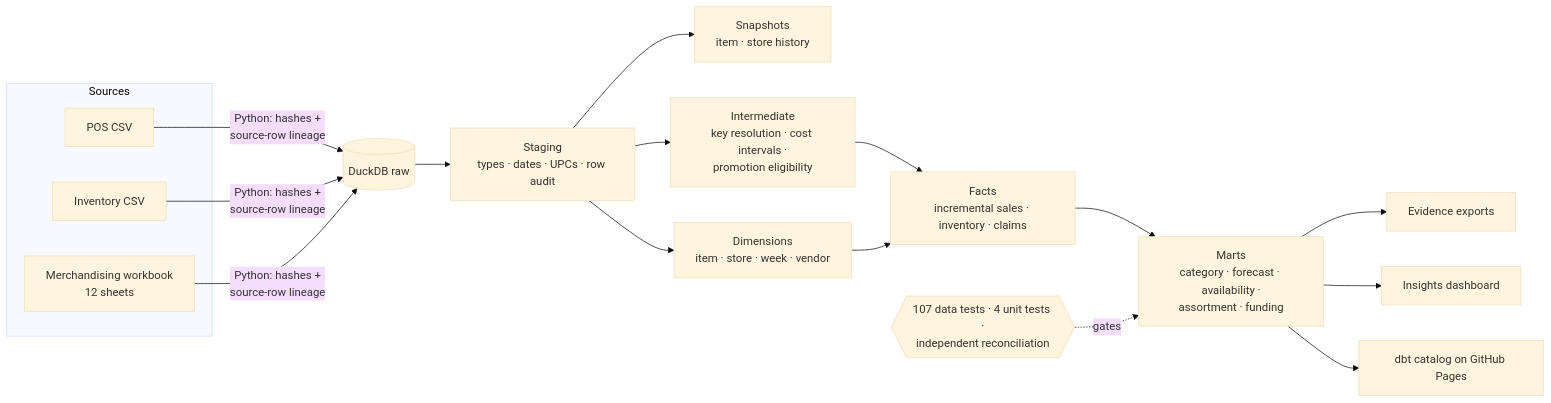
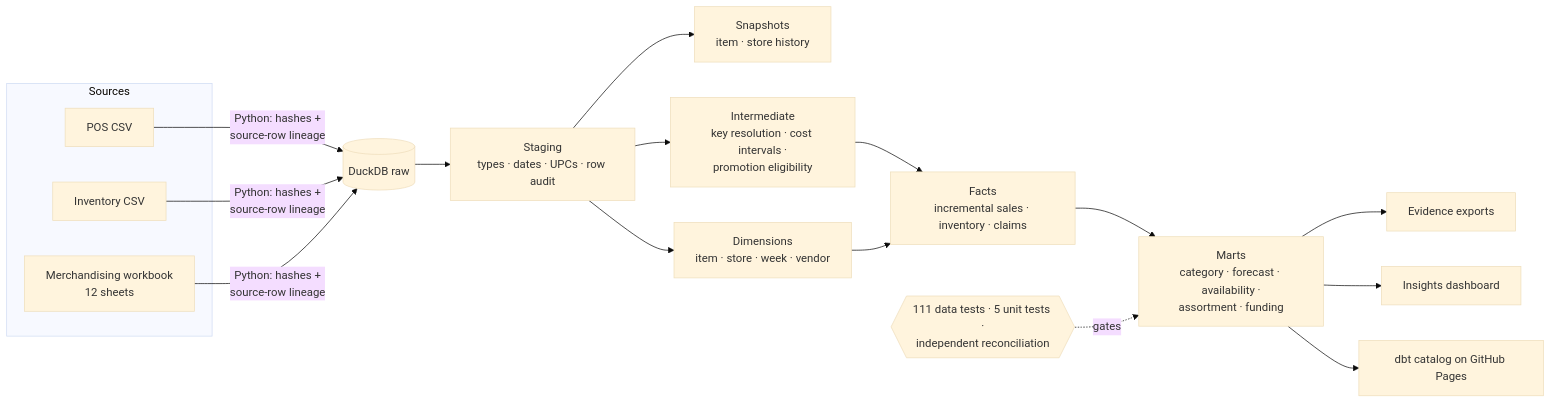
The diagram in README.md (Akshith597/bramblewood-analytics-engineering), drawn with Mermaid (base theme) before and after one commit. The commit also changed other lines of this file and 58 other files, not shown here.

````diff
--- a/README.md
+++ b/README.md
@@ -37,20 +37,20 @@
 ```mermaid
 flowchart LR
   subgraph Sources
     A[POS CSV]
     B[Inventory CSV]
     C[Merchandising workbook<br/>12 sheets]
   end
   A & B & C -->|Python: hashes +<br/>source-row lineage| R[(DuckDB raw)]
   R --> S[Staging<br/>types · dates · UPCs · row audit]
   S --> H[Snapshots<br/>item · store history]
   S --> I[Intermediate<br/>key resolution · cost intervals ·<br/>promotion eligibility]
   S --> D[Dimensions<br/>item · store · week · vendor]
   I --> F[Facts<br/>incremental sales · inventory · claims]
   D --> F
   F --> M[Marts<br/>category · forecast · availability ·<br/>assortment · funding]
   M --> E[Evidence exports]
   M --> V[Insights dashboard]
   M --> G[dbt catalog on GitHub Pages]
-  T{{107 data tests · 4 unit tests ·<br/>independent reconciliation}} -.gates.-> M
+  T{{111 data tests · 5 unit tests ·<br/>independent reconciliation}} -.gates.-> M
 ```
````
